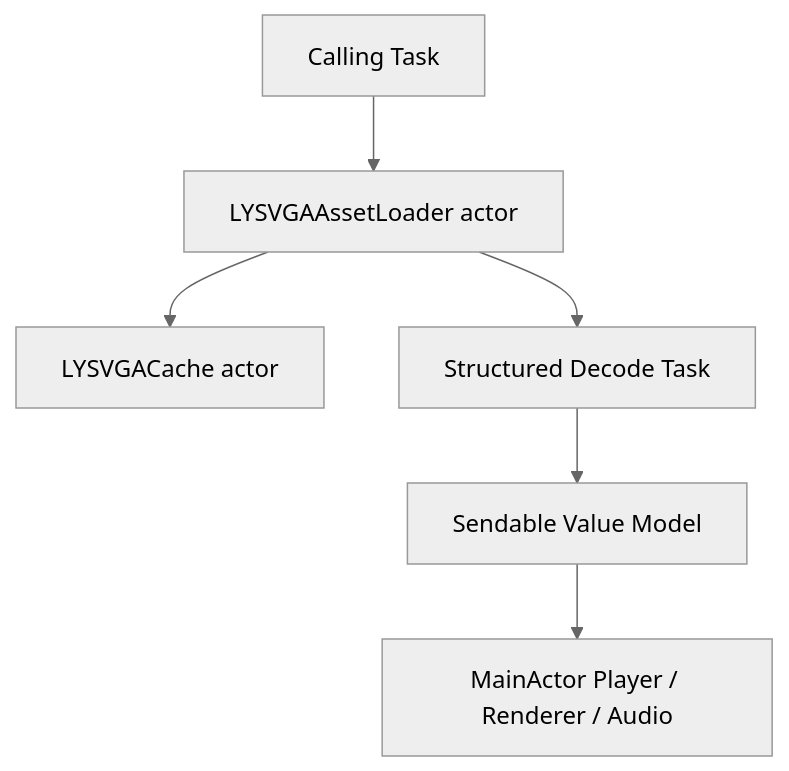
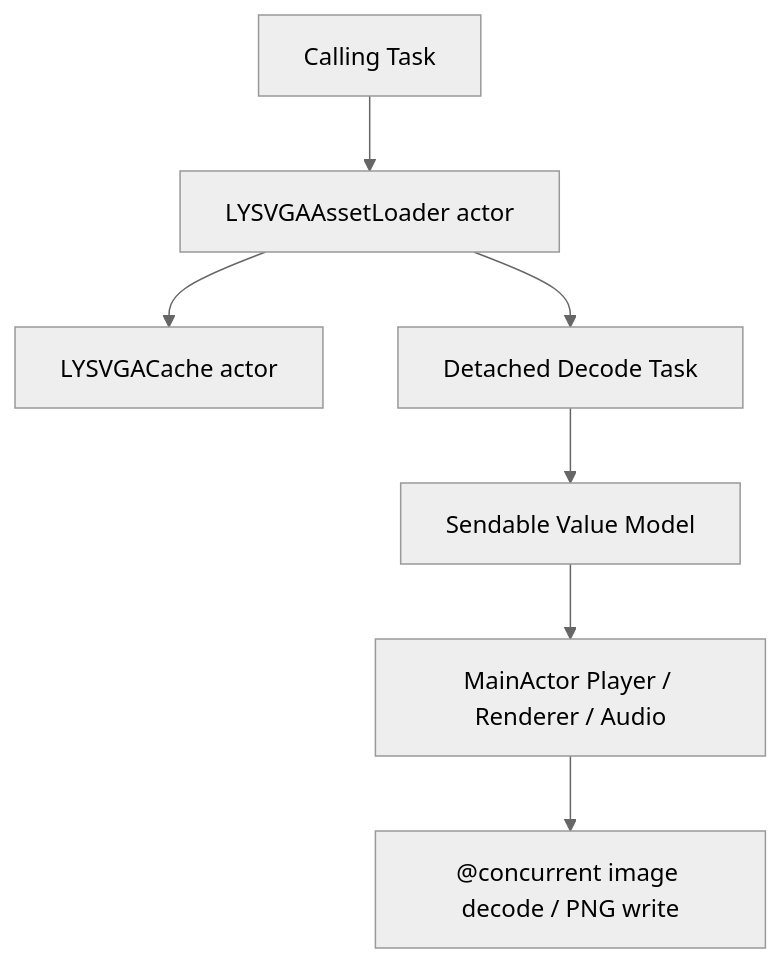
The third of 4 diagrams in docs/ARCHITECTURE.md (KahnLi-lyc/LYSVGAPlayer), drawn with Mermaid (neutral theme) before and after one commit. The commit also changed other lines of this file and 2 other files, not shown here.

````diff
--- a/docs/ARCHITECTURE.md
+++ b/docs/ARCHITECTURE.md
@@ -68,8 +92,9 @@
 ```mermaid
 flowchart TB
     Caller["Calling Task"] --> Loader["LYSVGAAssetLoader actor"]
     Loader --> Cache["LYSVGACache actor"]
-    Loader --> Decode["Structured Decode Task"]
+    Loader --> Decode["Detached Decode Task"]
     Decode --> Values["Sendable Value Model"]
     Values --> Main["MainActor Player / Renderer / Audio"]
+    Main --> Concurrent["@concurrent image decode / PNG write"]
 ```
````
